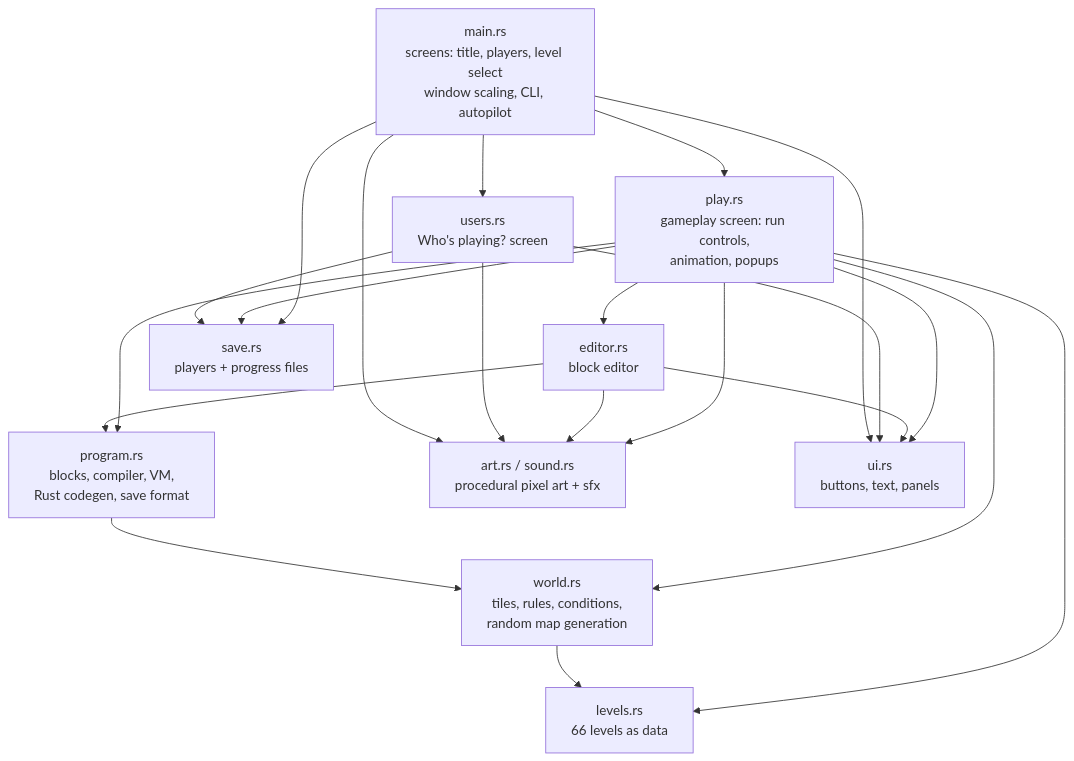
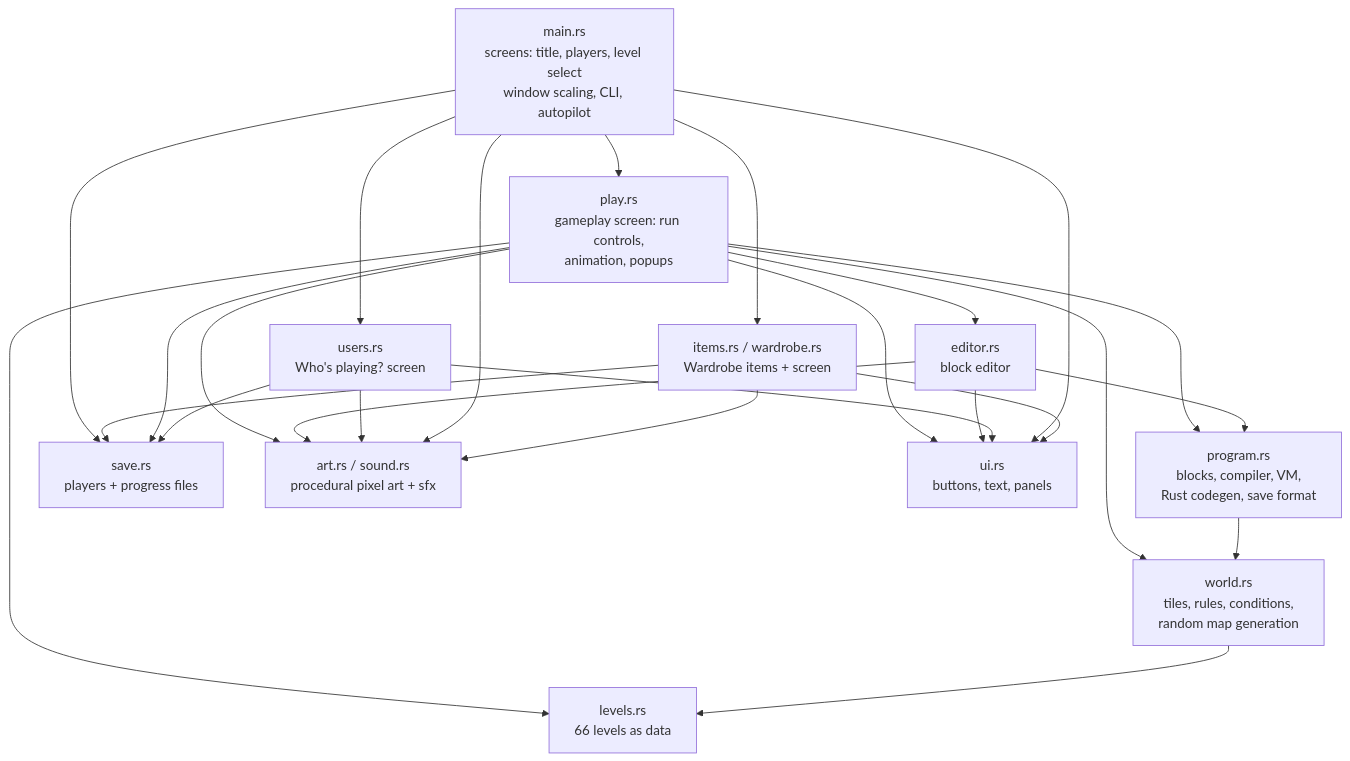
The diagram in docs/DESIGN.md (rpforonda/block-coders), drawn with Mermaid before and after one commit. The commit also changed other lines of this file and 12 other files, not shown here.

````diff
--- a/docs/DESIGN.md
+++ b/docs/DESIGN.md
@@ -68,21 +69,23 @@
 ```mermaid
 flowchart TD
     main["main.rs<br/>screens: title, players, level select<br/>window scaling, CLI, autopilot"]
     users["users.rs<br/>Who's playing? screen"]
     play["play.rs<br/>gameplay screen: run controls,<br/>animation, popups"]
     editor["editor.rs<br/>block editor"]
     program["program.rs<br/>blocks, compiler, VM,<br/>Rust codegen, save format"]
     world["world.rs<br/>tiles, rules, conditions,<br/>random map generation"]
     levels["levels.rs<br/>66 levels as data"]
     save["save.rs<br/>players + progress files"]
+    wardrobe["items.rs / wardrobe.rs<br/>Wardrobe items + screen"]
     art["art.rs / sound.rs<br/>procedural pixel art + sfx"]
     ui["ui.rs<br/>buttons, text, panels"]
 
-    main --> users & play & save
+    main --> users & play & save & wardrobe
+    wardrobe --> save
     play --> editor & program & world & levels & save
     editor --> program
     program --> world
     world --> levels
     users --> save
-    play & editor & users & main --> ui & art
+    play & editor & users & main & wardrobe --> ui & art
 ```
````
